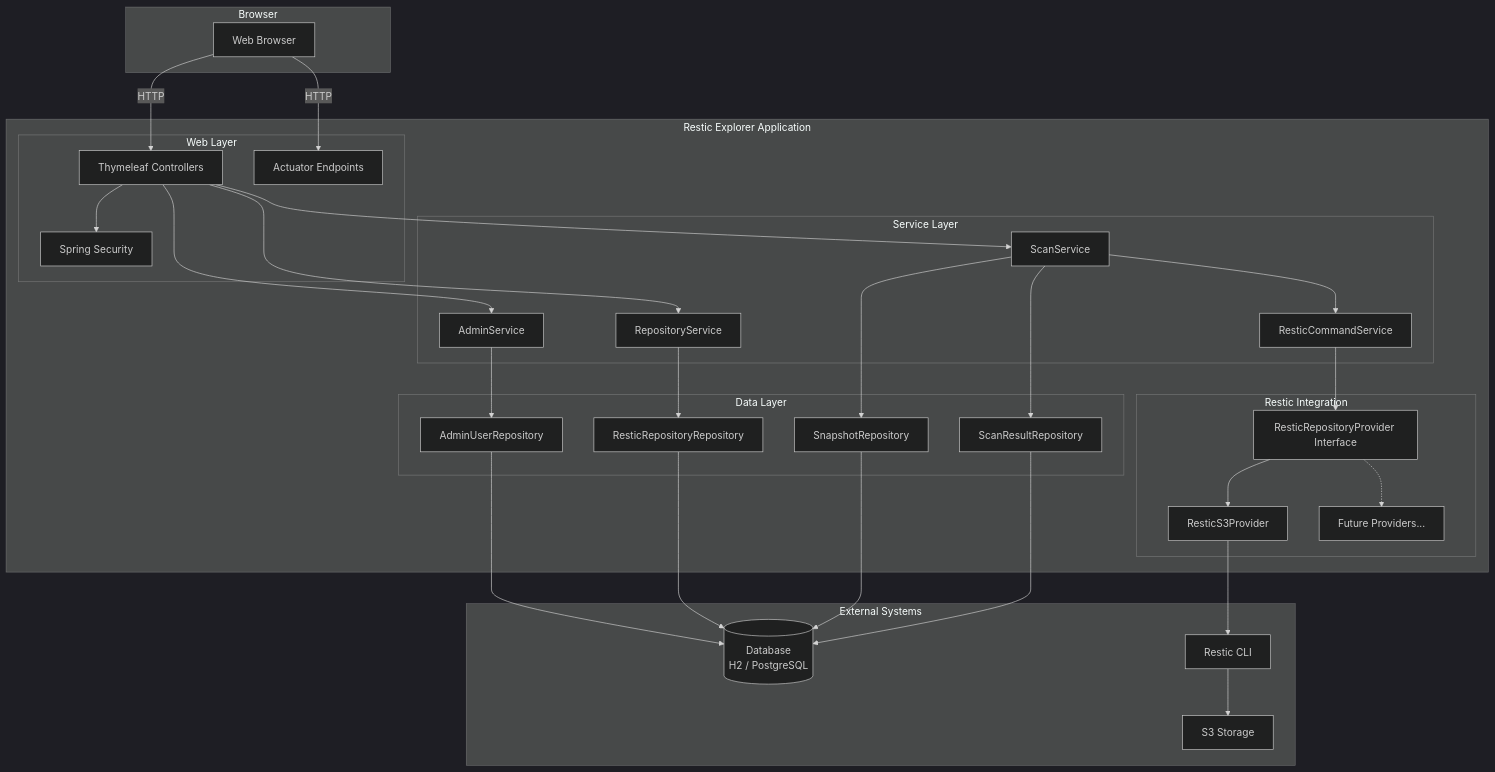
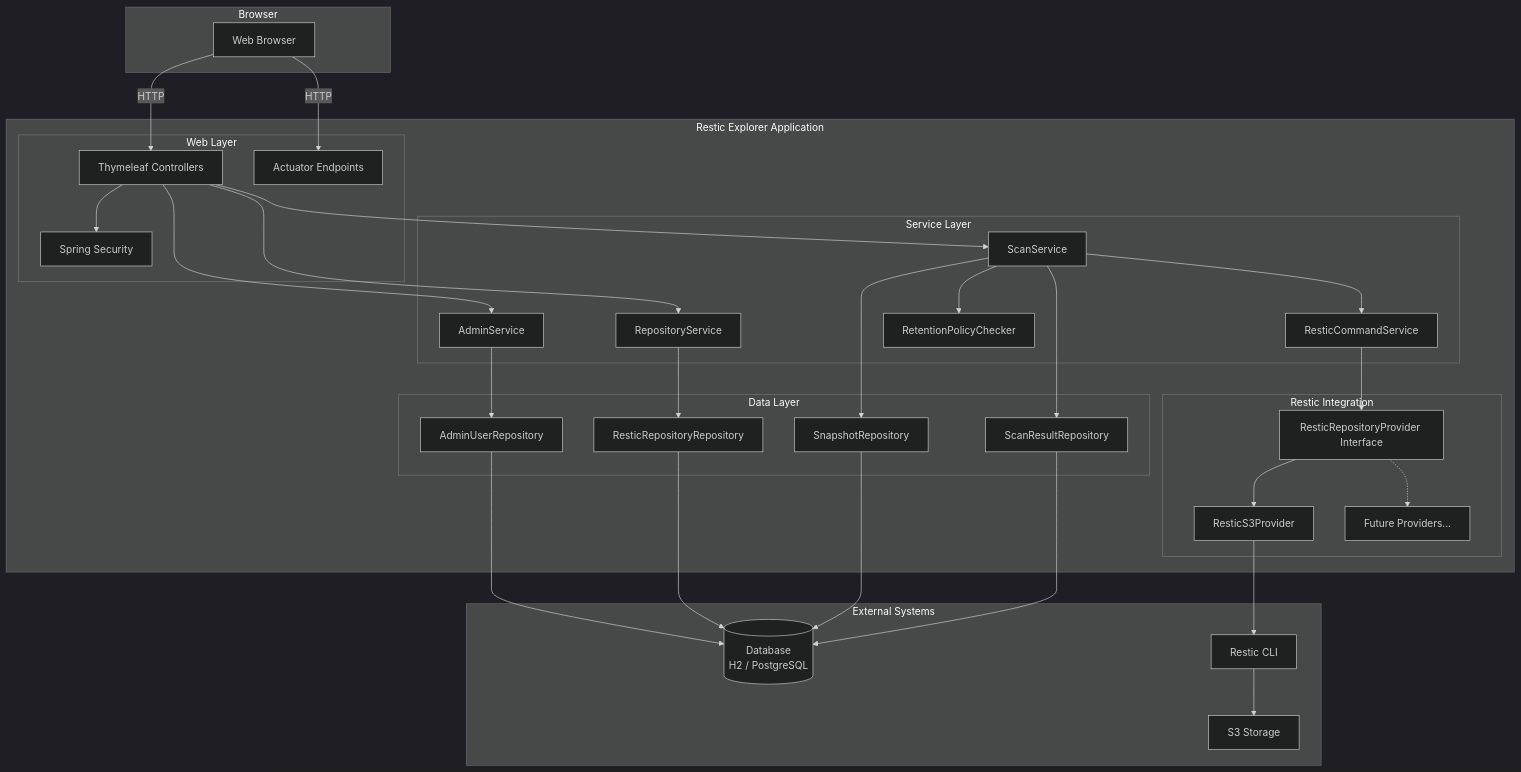
One commit to tmseidel/restic-explorer changed the first of 8 diagrams in docs/ARCHITECTURE.md. Above: the diagram before and after it, drawn with Mermaid (dark theme). The commit also changed other lines of this file and 15 other files, not shown here.

Commit message:
feat: Add optional retention policy per repository with soft warning visualization

````diff
--- a/docs/ARCHITECTURE.md
+++ b/docs/ARCHITECTURE.md
@@ -9,61 +9,63 @@
 ```mermaid
 graph TB
     subgraph "Browser"
         UI[Web Browser]
     end
 
     subgraph "Restic Explorer Application"
         subgraph "Web Layer"
             TC[Thymeleaf Controllers]
             SEC[Spring Security]
             ACT[Actuator Endpoints]
         end
 
         subgraph "Service Layer"
             AS[AdminService]
             RS[RepositoryService]
             SS[ScanService]
             RCS[ResticCommandService]
+            RPC[RetentionPolicyChecker]
         end
 
         subgraph "Data Layer"
             AR[AdminUserRepository]
             RR[ResticRepositoryRepository]
             SNR[SnapshotRepository]
             SRR[ScanResultRepository]
         end
 
         subgraph "Restic Integration"
             RPI[ResticRepositoryProvider Interface]
             S3P[ResticS3Provider]
             FP[Future Providers...]
         end
     end
 
     subgraph "External Systems"
         DB[(Database<br/>H2 / PostgreSQL)]
         S3[S3 Storage]
         RESTIC[Restic CLI]
     end
 
     UI -->|HTTP| TC
     UI -->|HTTP| ACT
     TC --> SEC
     TC --> AS
     TC --> RS
     TC --> SS
     SS --> RCS
+    SS --> RPC
     RCS --> RPI
     RPI --> S3P
     RPI -.-> FP
     S3P --> RESTIC
     RESTIC --> S3
     AS --> AR
     RS --> RR
     SS --> SNR
     SS --> SRR
     AR --> DB
     RR --> DB
     SNR --> DB
     SRR --> DB
 ```
````
